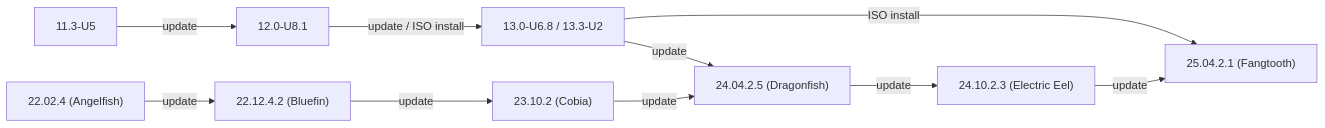
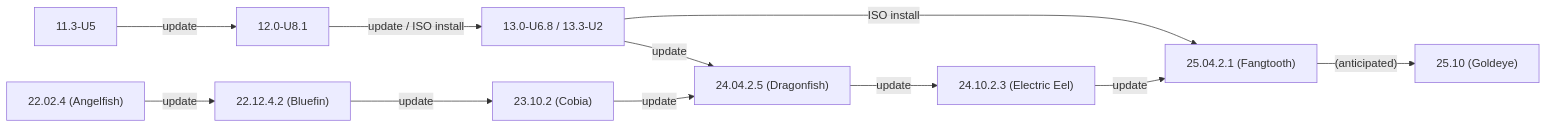
One commit to truenas/documentation changed the first of 2 diagrams in static/includes/SCALEUpgradePaths.md. Above: the diagram before and after it, drawn with Mermaid. The commit also changed other lines of this file, not shown here.

```diff
--- a/static/includes/SCALEUpgradePaths.md
+++ b/static/includes/SCALEUpgradePaths.md
@@ -59,13 +59,14 @@
           {{< mermaid class="mermaid_sizing" >}}
           flowchart LR
             A["11.3-U5"] -->|update| B["12.0-U8.1"]
             B -->|"update / ISO install"| C["13.0-U6.8 / 13.3-U2"]
             C -->|update| G
             C -->|ISO install| I
             D["22.02.4 (Angelfish)"] -->|update| E
             E["22.12.4.2 (Bluefin)"] -->|update| F
             F["23.10.2 (Cobia)"] -->|update| G
             G["24.04.2.5 (Dragonfish)"] -->|update| H
             H["24.10.2.3 (Electric Eel)"] -->|update| I
-            I["25.04.2.1 (Fangtooth)"]
+            I["25.04.2.1 (Fangtooth)"] -->|"(anticipated)"| J
+            J["25.10 (Goldeye)"]
           {{< /mermaid >}}
```
